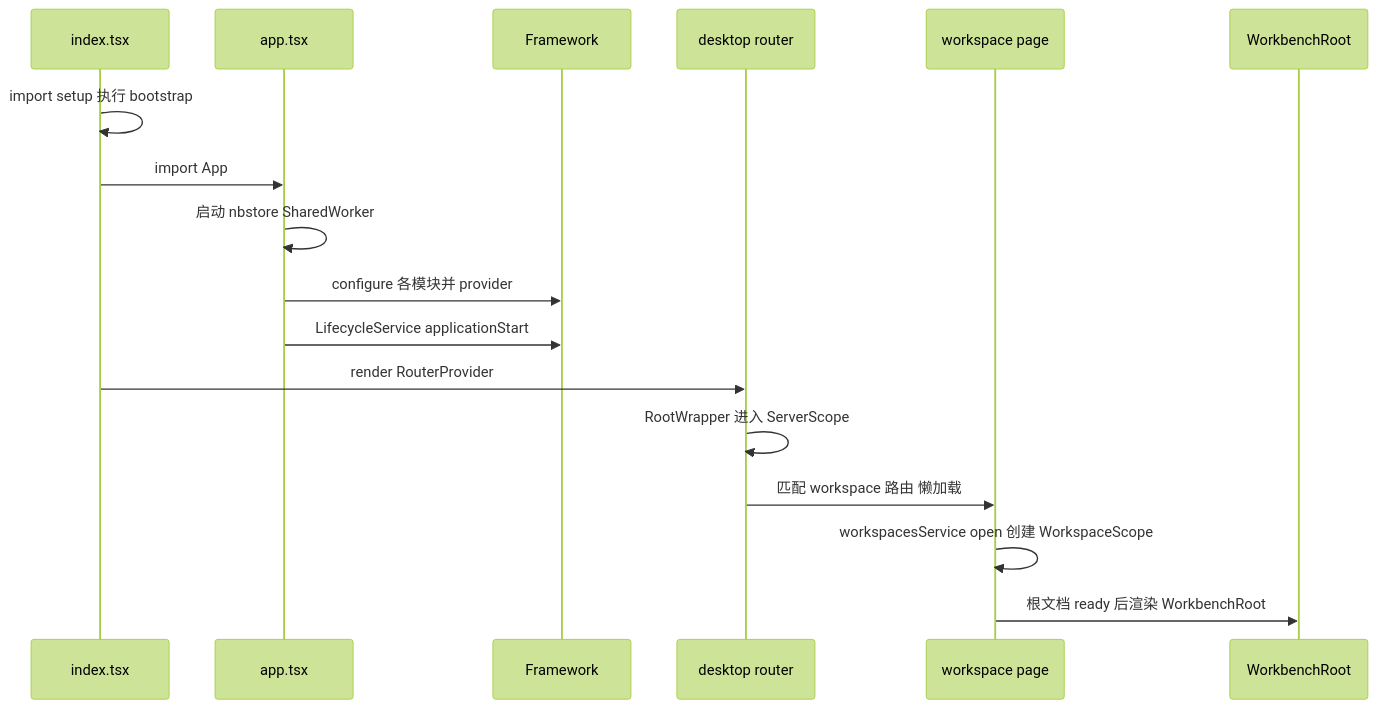
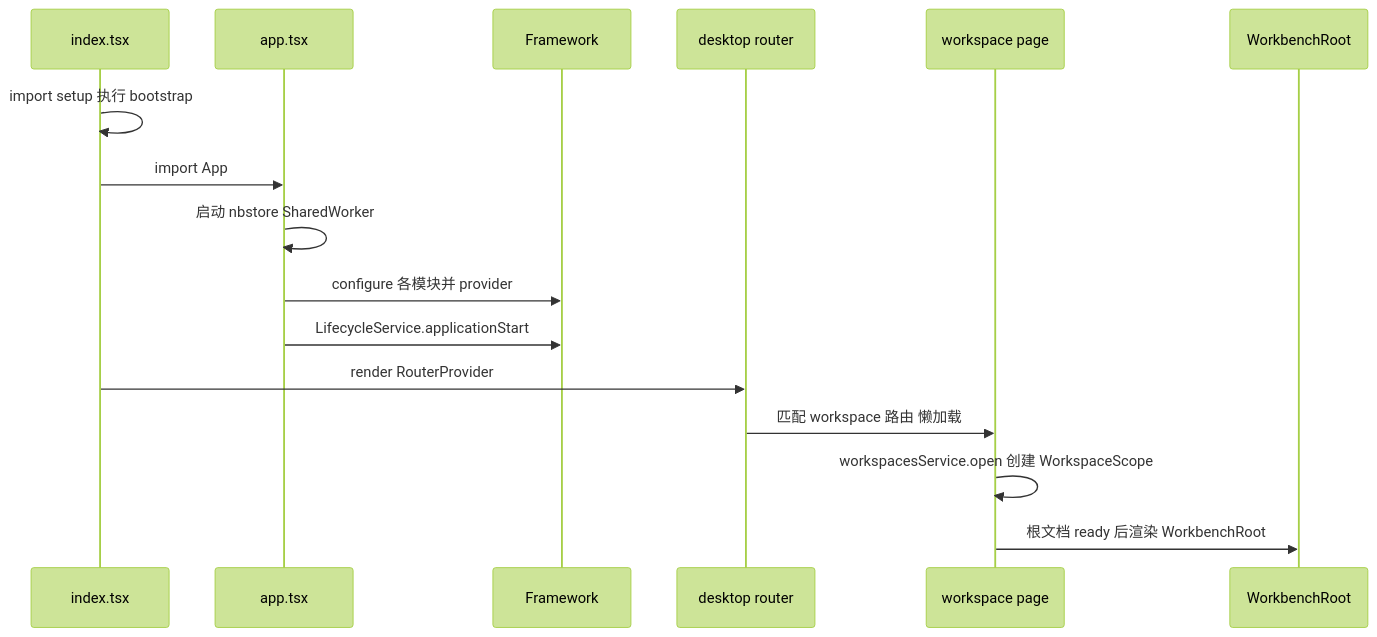
Before and after one commit to lfire/AFFiNE: the second of 7 diagrams in learning-guide/slides/decks/17.md, drawn with Mermaid (forest theme). The commit also changed other lines of this file and 46 other files, not shown here.

````diff
--- a/learning-guide/slides/decks/17.md
+++ b/learning-guide/slides/decks/17.md
@@ -125,19 +170,18 @@
 ```mermaid
 sequenceDiagram
   participant IDX as index.tsx
   participant APP as app.tsx
   participant FW as Framework
   participant R as desktop router
   participant WP as workspace page
   participant WB as WorkbenchRoot
   IDX->>IDX: import setup 执行 bootstrap
   IDX->>APP: import App
   APP->>APP: 启动 nbstore SharedWorker
   APP->>FW: configure 各模块并 provider
-  APP->>FW: LifecycleService applicationStart
+  APP->>FW: LifecycleService.applicationStart
   IDX->>R: render RouterProvider
-  R->>R: RootWrapper 进入 ServerScope
   R->>WP: 匹配 workspace 路由 懒加载
-  WP->>WP: workspacesService open 创建 WorkspaceScope
+  WP->>WP: workspacesService.open 创建 WorkspaceScope
   WP->>WB: 根文档 ready 后渲染 WorkbenchRoot
 ```
````
